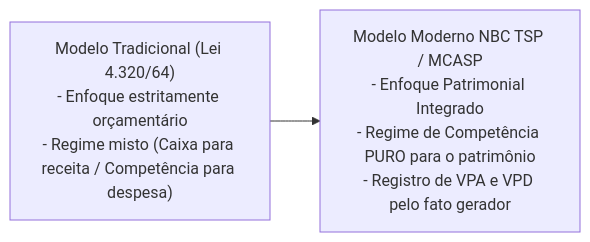
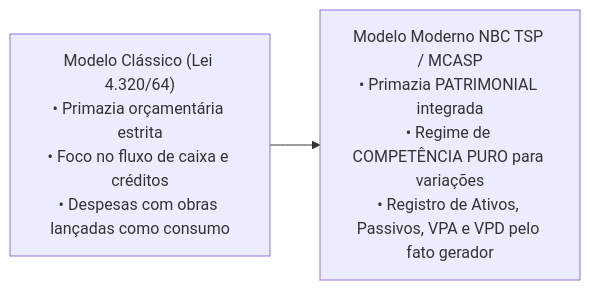
One commit to thiagosantos346/TCE-GO-2027 changed the first of 4 diagrams in fontes_de_estudo/conhecimentos_especificos_a01_tecnico_administrativo/20_contabilidade_aplicada_ao_setor_publico/01_nbc_tsp_estrutura_conceitual_e_normas_gerais.md. Above: the diagram before and after it, drawn with Mermaid. The commit also changed other lines of this file and 119 other files, not shown here.

````diff
--- a/fontes_de_estudo/conhecimentos_especificos_a01_tecnico_administrativo/20_contabilidade_aplicada_ao_setor_publico/01_nbc_tsp_estrutura_conceitual_e_normas_gerais.md
+++ b/fontes_de_estudo/conhecimentos_especificos_a01_tecnico_administrativo/20_contabilidade_aplicada_ao_setor_publico/01_nbc_tsp_estrutura_conceitual_e_normas_gerais.md
@@ -87,4 +61,4 @@
 ```mermaid
 flowchart LR
-    Antigo["Modelo Tradicional (Lei 4.320/64)<br/>- Enfoque estritamente orçamentário<br/>- Regime misto (Caixa para receita / Competência para despesa)"] --> Novo["Modelo Moderno NBC TSP / MCASP<br/>- Enfoque Patrimonial Integrado<br/>- Regime de Competência PURO para o patrimônio<br/>- Registro de VPA e VPD pelo fato gerador"]
+    Antigo["Modelo Clássico (Lei 4.320/64)<br/>• Primazia orçamentária estrita<br/>• Foco no fluxo de caixa e créditos<br/>• Despesas com obras lançadas como consumo"] --> Novo["Modelo Moderno NBC TSP / MCASP<br/>• Primazia PATRIMONIAL integrada<br/>• Regime de COMPETÊNCIA PURO para variações<br/>• Registro de Ativos, Passivos, VPA e VPD pelo fato gerador"]
 ```
````
